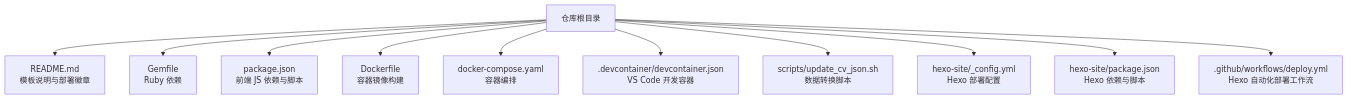
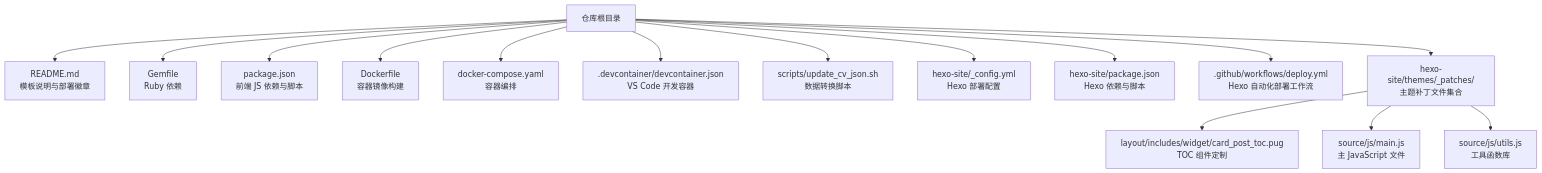
Before and after one commit to CoolPig0720/CoolPig0720.github.io: the first of 7 diagrams in .qoder/repowiki/zh/content/部署和维护/CI_CD 工作流程.md, drawn with Mermaid. The commit also changed other lines of this file and 13 other files, not shown here.

````diff
--- a/.qoder/repowiki/zh/content/部署和维护/CI_CD 工作流程.md
+++ b/.qoder/repowiki/zh/content/部署和维护/CI_CD 工作流程.md
@@ -38,13 +49,17 @@
 ```mermaid
 graph TB
 A["仓库根目录"] --> B["README.md<br/>模板说明与部署徽章"]
 A --> C["Gemfile<br/>Ruby 依赖"]
 A --> D["package.json<br/>前端 JS 依赖与脚本"]
 A --> E["Dockerfile<br/>容器镜像构建"]
 A --> F["docker-compose.yaml<br/>容器编排"]
 A --> G[".devcontainer/devcontainer.json<br/>VS Code 开发容器"]
 A --> H["scripts/update_cv_json.sh<br/>数据转换脚本"]
 A --> I["hexo-site/_config.yml<br/>Hexo 部署配置"]
 A --> J["hexo-site/package.json<br/>Hexo 依赖与脚本"]
 A --> K[".github/workflows/deploy.yml<br/>Hexo 自动化部署工作流"]
+A --> L["hexo-site/themes/_patches/<br/>主题补丁文件集合"]
+L --> M["layout/includes/widget/card_post_toc.pug<br/>TOC 组件定制"]
+L --> N["source/js/main.js<br/>主 JavaScript 文件"]
+L --> O["source/js/utils.js<br/>工具函数库"]
 ```
````
